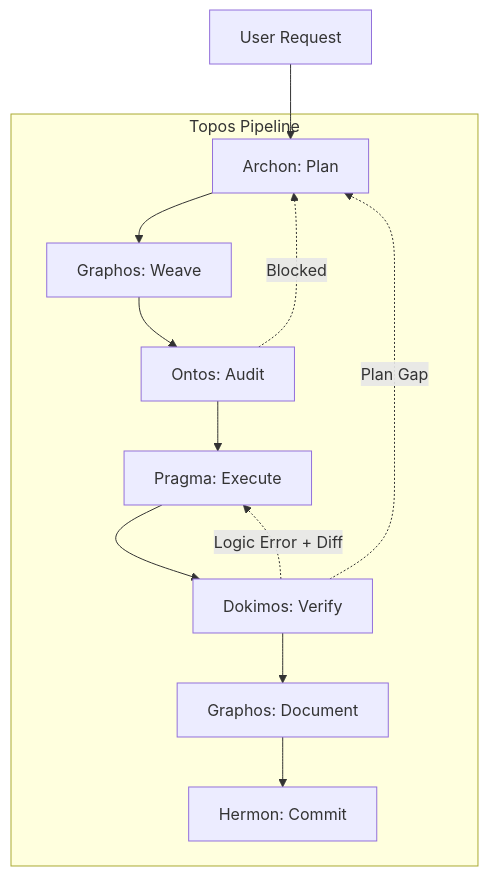
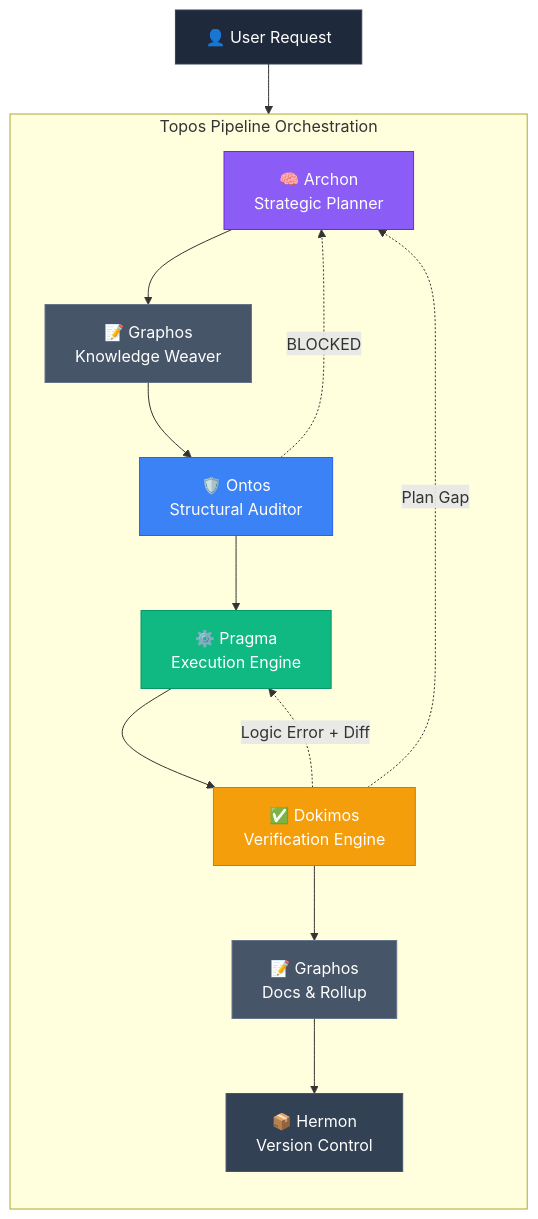
One commit to ancrz/pipeline-agentic changed the first of 2 diagrams in README.md. Above: the diagram before and after it, drawn with Mermaid. The commit also changed other lines of this file and 3 other files, not shown here.

````diff
--- a/README.md
+++ b/README.md
@@ -13,18 +30,28 @@
 ```mermaid
 flowchart TD
-    Req[User Request] --> A
+    Req["👤 User Request"] --> A
     
-    subgraph Topos Pipeline
-        A[Archon: Plan] --> G1[Graphos: Weave]
-        G1 --> O[Ontos: Audit]
-        O -.Blocked.-> A
-        O --> P[Pragma: Execute]
+    subgraph Pipeline["Topos Pipeline Orchestration"]
+        direction TB
+        A["🧠 Archon<br/>Strategic Planner"] --> G1["📝 Graphos<br/>Knowledge Weaver"]
+        G1 --> O["🛡️ Ontos<br/>Structural Auditor"]
+        O -.->|BLOCKED| A
+        O --> P["⚙️ Pragma<br/>Execution Engine"]
         
-        P --> D[Dokimos: Verify]
-        D -.Logic Error + Diff.-> P
-        D -.Plan Gap.-> A
+        P --> D["✅ Dokimos<br/>Verification Engine"]
+        D -.->|Logic Error + Diff| P
+        D -.->|Plan Gap| A
         
-        D --> G2[Graphos: Document]
-        G2 --> H[Hermon: Commit]
+        D --> G2["📝 Graphos<br/>Docs & Rollup"]
+        G2 --> H["📦 Hermon<br/>Version Control"]
     end
+
+    style Req fill:#1E293B,stroke:#334155,color:#fff
+    style A fill:#8B5CF6,stroke:#6D28D9,color:#fff
+    style O fill:#3B82F6,stroke:#2563EB,color:#fff
+    style P fill:#10B981,stroke:#059669,color:#fff
+    style D fill:#F59E0B,stroke:#D97706,color:#fff
+    style G1 fill:#475569,stroke:#64748B,color:#fff
+    style G2 fill:#475569,stroke:#64748B,color:#fff
+    style H fill:#334155,stroke:#475569,color:#fff
 ```
````
